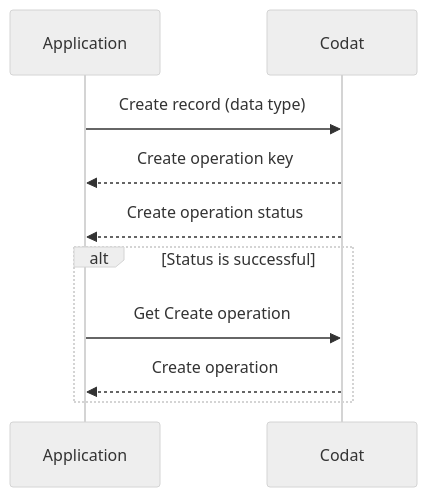
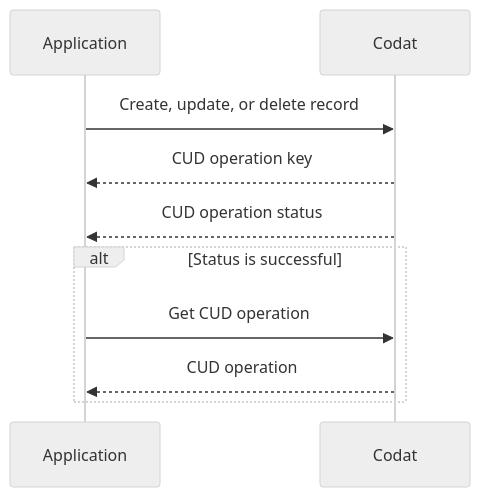
Before and after one commit to codatio/codat-docs: the diagram in docs/using-the-api/push.md, drawn with Mermaid (neutral theme). The commit also changed other lines of this file, not shown here.

````diff
--- a/docs/using-the-api/push.md
+++ b/docs/using-the-api/push.md
@@ -32,15 +24,15 @@
 ```mermaid
 sequenceDiagram
     participant backend as Application 
     participant codat as Codat
     
-    backend ->> codat: Create record (data type)
-    codat -->> backend: Create operation key
+    backend ->> codat: Create, update, or delete record
+    codat -->> backend: CUD operation key
 
-    codat -->> backend: Create operation status
+    codat -->> backend: CUD operation status
 
     alt Status is successful
-        backend ->> codat: Get Create operation
-        codat -->> backend: Create operation
+        backend ->> codat: Get CUD operation
+        codat -->> backend: CUD operation
     end
-```
+``` 
````
